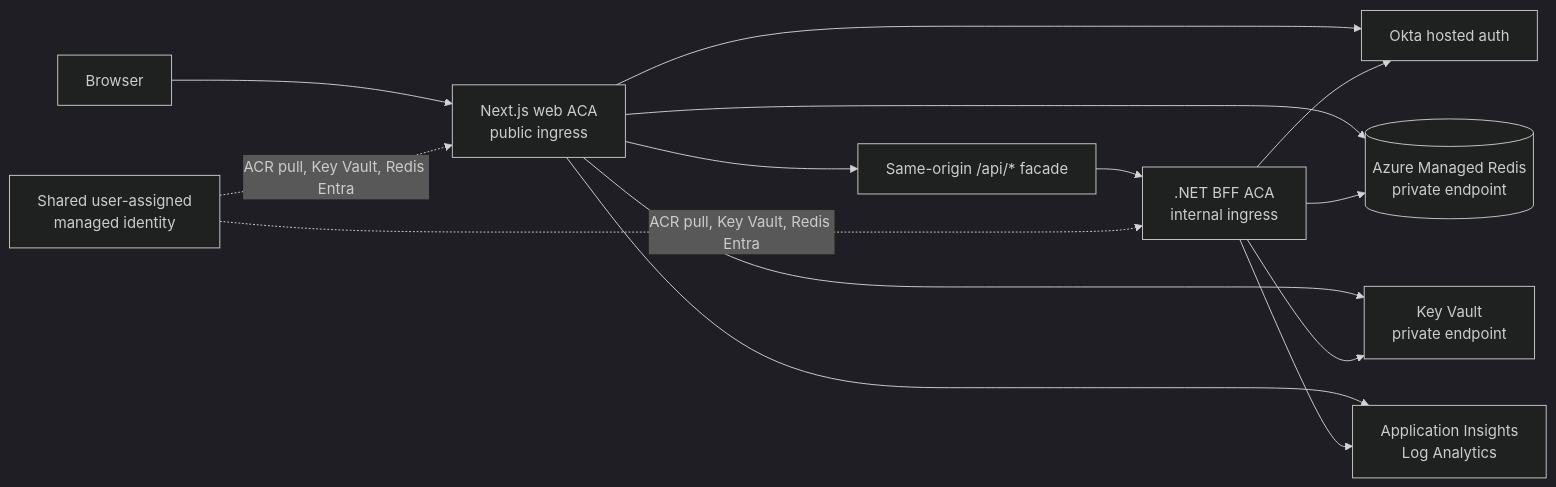
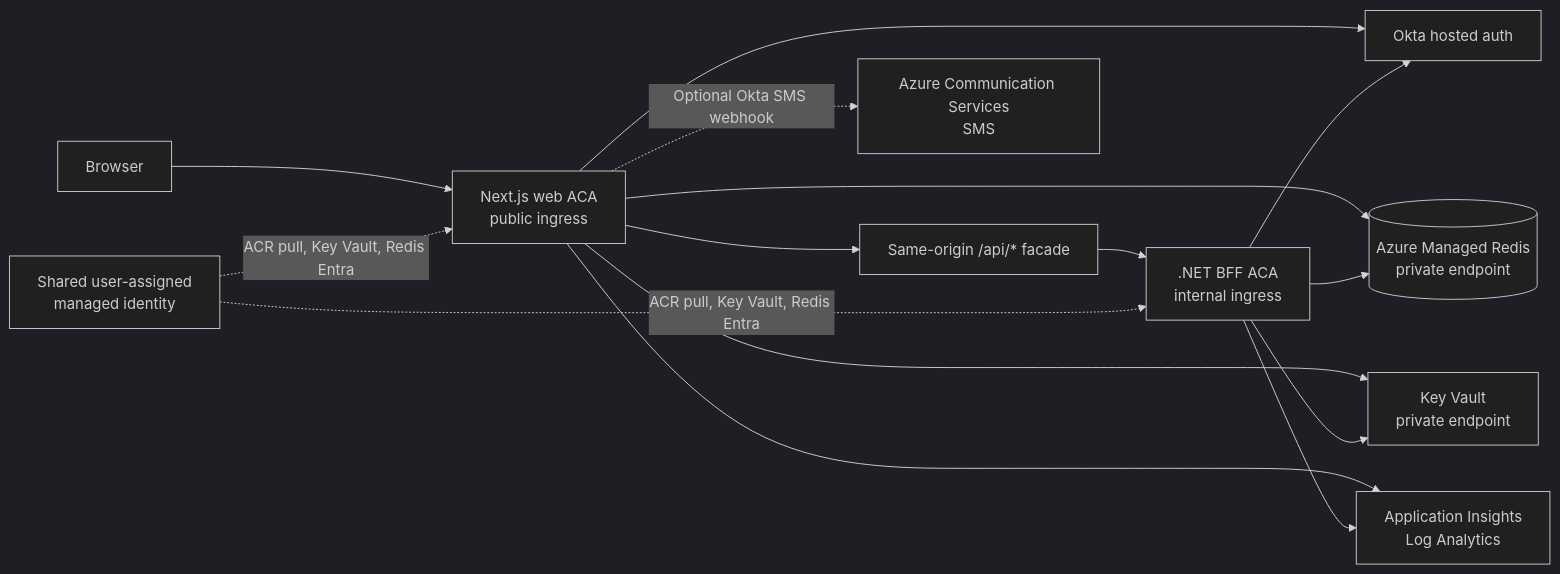
Before and after one commit to vc4u2c/acme-los: the diagram in docs/architecture/current-platform.md, drawn with Mermaid (dark theme). The commit also changed other lines of this file and 38 other files, not shown here.

First line of the commit message:
feat(auth): add Okta account security and ACS SMS MFA staging

````diff
--- a/docs/architecture/current-platform.md
+++ b/docs/architecture/current-platform.md
@@ -67,16 +70,17 @@
 ```mermaid
 flowchart LR
   browser[Browser] --> web[Next.js web ACA<br/>public ingress]
   web --> facade[Same-origin /api/* facade]
   facade --> bff[.NET BFF ACA<br/>internal ingress]
   web --> okta[Okta hosted auth]
   bff --> okta
   web --> redis[(Azure Managed Redis<br/>private endpoint)]
   bff --> redis
   web --> kv[Key Vault<br/>private endpoint]
   bff --> kv
   web --> ai[Application Insights<br/>Log Analytics]
+  web -. Optional Okta SMS webhook .-> acs[Azure Communication Services<br/>SMS]
   bff --> ai
   id[Shared user-assigned<br/>managed identity] -. ACR pull, Key Vault, Redis Entra .-> web
   id -. ACR pull, Key Vault, Redis Entra .-> bff
 ```
````
